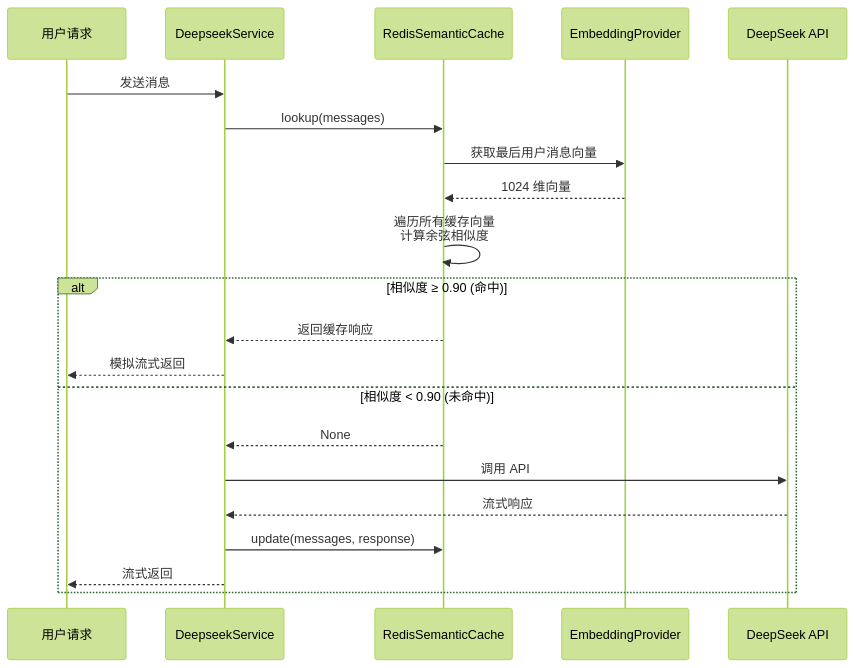
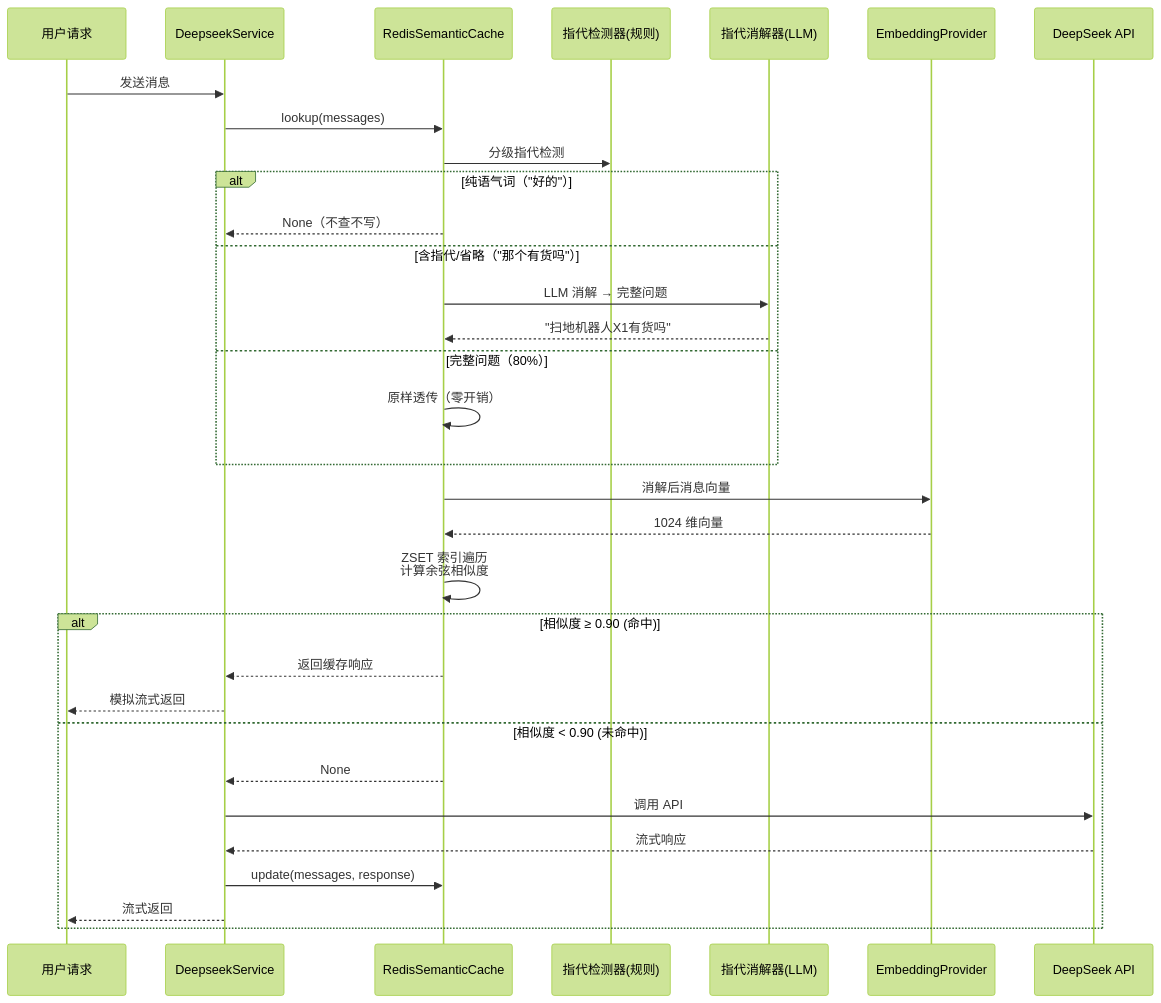
The third of 14 diagrams in docs/PROJECT_ANALYSIS.md (blowt16/SmartCS-Agent), drawn with Mermaid (forest theme) before and after one commit. The commit also changed other lines of this file, not shown here.

````diff
--- a/docs/PROJECT_ANALYSIS.md
+++ b/docs/PROJECT_ANALYSIS.md
@@ -268,24 +270,35 @@
 ```mermaid
 sequenceDiagram
     participant User as 用户请求
     participant Service as DeepseekService
     participant Cache as RedisSemanticCache
+    participant Detect as 指代检测器(规则)
+    participant Resolver as 指代消解器(LLM)
     participant Embed as EmbeddingProvider
     participant LLM as DeepSeek API
 
     User->>Service: 发送消息
     Service->>Cache: lookup(messages)
-    Cache->>Embed: 获取最后用户消息向量
+    Cache->>Detect: 分级指代检测
+    alt 纯语气词（"好的"）
+        Cache-->>Service: None（不查不写）
+    else 含指代/省略（"那个有货吗"）
+        Cache->>Resolver: LLM 消解 → 完整问题
+        Resolver-->>Cache: "扫地机器人X1有货吗"
+    else 完整问题（80%）
+        Cache->>Cache: 原样透传（零开销）
+    end
+    Cache->>Embed: 消解后消息向量
     Embed-->>Cache: 1024 维向量
-    Cache->>Cache: 遍历所有缓存向量<br/>计算余弦相似度
+    Cache->>Cache: ZSET 索引遍历<br/>计算余弦相似度
     alt 相似度 ≥ 0.90 (命中)
         Cache-->>Service: 返回缓存响应
         Service-->>User: 模拟流式返回
     else 相似度 < 0.90 (未命中)
         Cache-->>Service: None
         Service->>LLM: 调用 API
         LLM-->>Service: 流式响应
         Service->>Cache: update(messages, response)
         Service-->>User: 流式返回
     end
 ```
````
